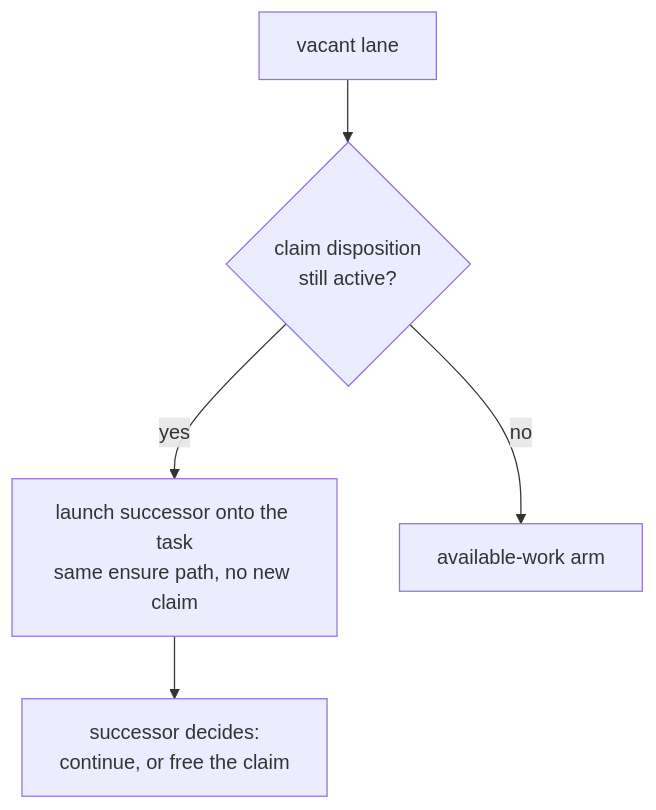
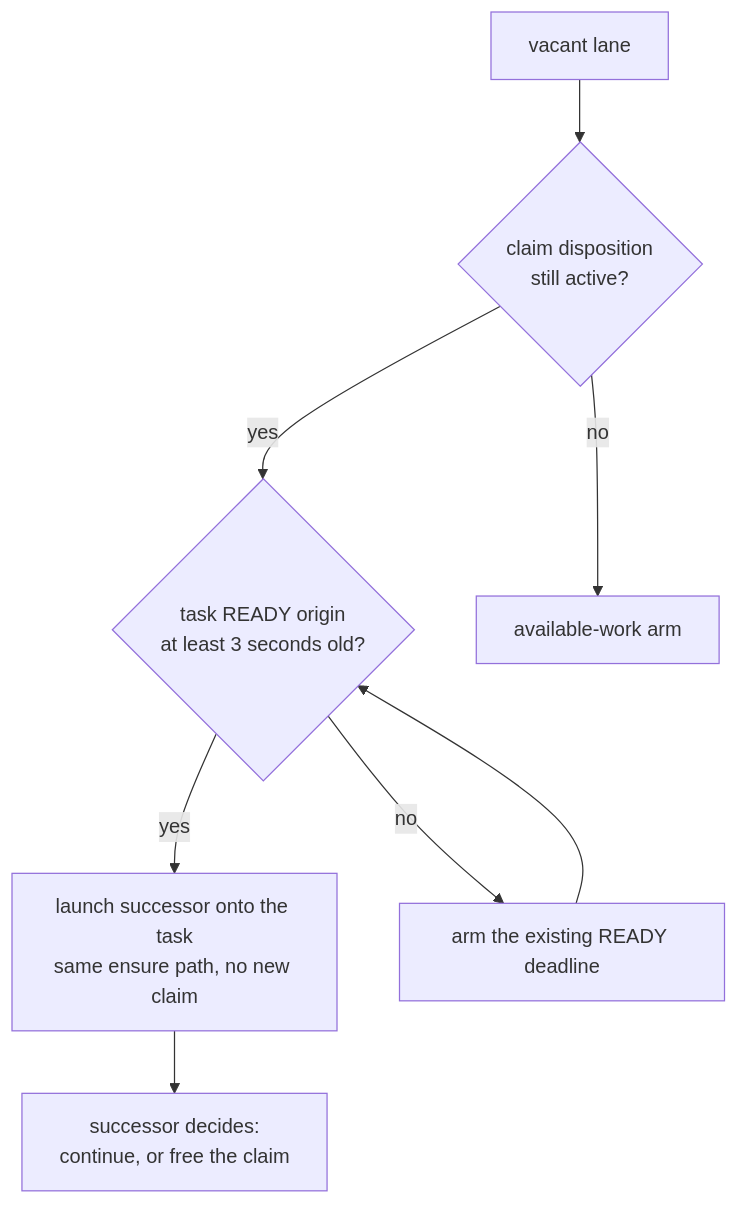
The fourth of 10 diagrams in docs/product/model/decisions.md (infimalabs/spice-rust), drawn with Mermaid before and after one commit. The commit also changed other lines of this file and 6 other files, not shown here.

Commit message:
Honor durable task readiness before held-claim recovery

````diff
--- a/docs/product/model/decisions.md
+++ b/docs/product/model/decisions.md
@@ -137,7 +137,10 @@
 ```mermaid
 flowchart TD
   L["vacant lane"] --> C{"claim disposition<br/>still active?"}
-  C -- yes --> R["launch successor onto the task<br/>same ensure path, no new claim"]
+  C -- yes --> S{"task READY origin<br/>at least 3 seconds old?"}
+  S -- yes --> R["launch successor onto the task<br/>same ensure path, no new claim"]
+  S -- no --> T["arm the existing READY deadline"]
+  T --> S
   C -- no --> A["available-work arm"]
   R --> D["successor decides:<br/>continue, or free the claim"]
 ```
````
